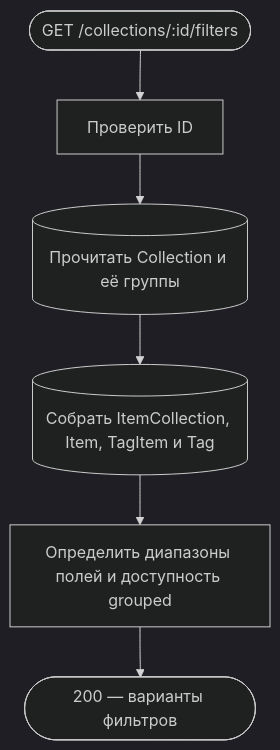
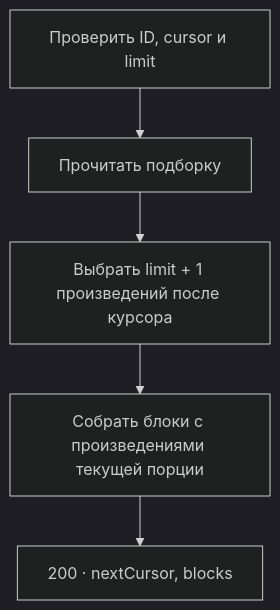
One commit to AmyGrooove/f95-tinder changed the second of 8 diagrams in apps/api/public/docs/api/requestFlows/collections.md. Above: the diagram before and after it, drawn with Mermaid (dark theme). The commit also changed other lines of this file and 230 other files, not shown here.

````diff
--- a/apps/api/public/docs/api/requestFlows/collections.md
+++ b/apps/api/public/docs/api/requestFlows/collections.md
@@ -79,10 +34,7 @@
 ```mermaid
 flowchart TD
-    accTitle: Фильтры подборки
-    accDescr: Проверить подборку, прочитать доступные Item и их теги и характеристики, определить режимы отображения и вернуть варианты фильтров
-    A(["GET /collections/:id/filters"]):::http --> B["Проверить ID"]:::action
-    B --> C[("Прочитать Collection и её группы")]:::data
-    C --> D[("Собрать ItemCollection, Item, TagItem и Tag")]:::data
-    D --> E["Определить диапазоны полей и доступность grouped"]:::action
-    E --> F(["200 — варианты фильтров"]):::http
+    A["Проверить ID, cursor и limit"] --> B["Прочитать подборку"]
+    B --> C["Выбрать limit + 1 произведений после курсора"]
+    C --> D["Собрать блоки с произведениями текущей порции"]
+    D --> E["200 · nextCursor, blocks"]
 ```
````
